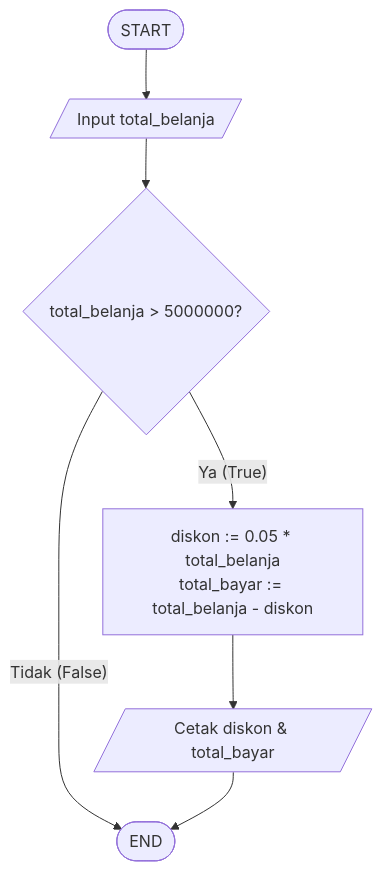
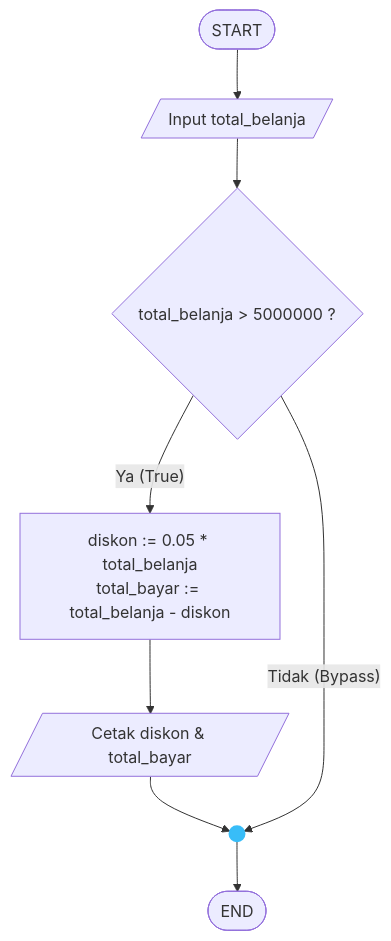
One commit to hekall21/academic-digital-binder changed the fourth of 10 diagrams in docs/PANDUAN_LENGKAP_KODE_PASCAL_DAN_FLOWCHART_ALGO_PEMRO_P5_P6.md. Above: the diagram before and after it, drawn with Mermaid. The commit also changed other lines of this file, not shown here.

Commit message:
docs(flowcharts): standardize mermaid junctions with ANSI on-page connectors

````diff
--- a/docs/PANDUAN_LENGKAP_KODE_PASCAL_DAN_FLOWCHART_ALGO_PEMRO_P5_P6.md
+++ b/docs/PANDUAN_LENGKAP_KODE_PASCAL_DAN_FLOWCHART_ALGO_PEMRO_P5_P6.md
@@ -165,9 +170,11 @@
 ```mermaid
 flowchart TD
     Start(["START"]) --> Input[/"Input total_belanja"/]
-    Input --> Cond{"total_belanja > 5000000?"}
+    Input --> Cond{"total_belanja > 5000000 ?"}
     Cond -- "Ya (True)" --> Calc["diskon := 0.05 * total_belanja<br>total_bayar := total_belanja - diskon"]
-    Cond -- "Tidak (False)" --> End(["END"])
     Calc --> Print[/"Cetak diskon & total_bayar"/]
-    Print --> End
+    Print --> Junction(( ))
+    Cond -- "Tidak (Bypass)" --> Junction
+    Junction --> End(["END"])
+    style Junction fill:#38BDF8,stroke:#38BDF8,stroke-width:2px
 ```
````
